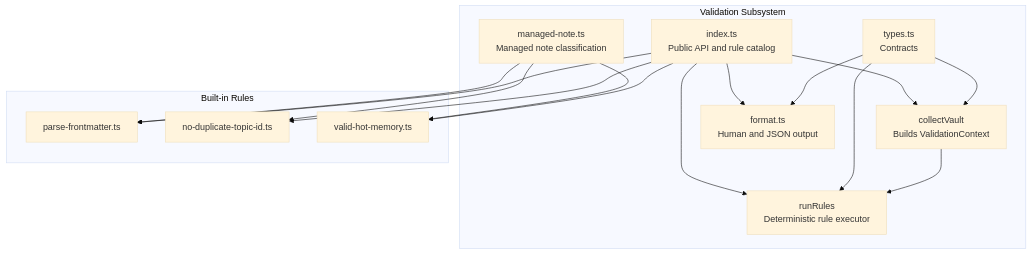
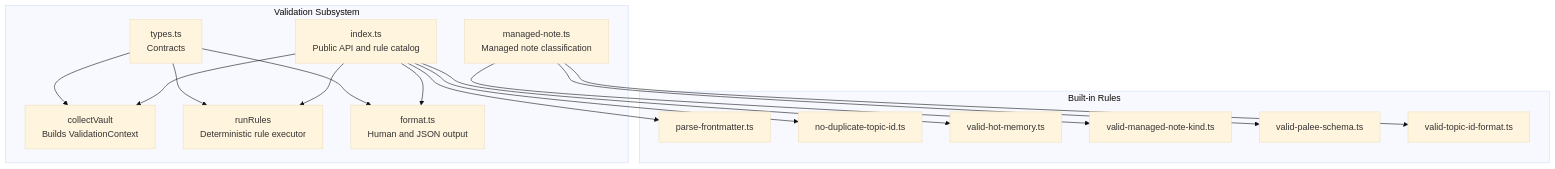
Before and after one commit to Kuldeep2822k/palee-architecture: the first of 6 diagrams in Validation Framework/Rule Execution Engine.md, drawn with Mermaid (base theme). The commit also changed other lines of this file and 4 other files, not shown here.

Commit message:
docs(validation): fix format contract, rule diagram edges and collection order

````diff
--- a/Validation Framework/Rule Execution Engine.md
+++ b/Validation Framework/Rule Execution Engine.md
@@ -42,31 +42,33 @@
 ```mermaid
 graph TB
   subgraph "Validation Subsystem"
     Collect["collectVault<br/>Builds ValidationContext"]
     Runner["runRules<br/>Deterministic rule executor"]
     Types["types.ts<br/>Contracts"]
     Format["format.ts<br/>Human and JSON output"]
     Barrel["index.ts<br/>Public API and rule catalog"]
     ManagedNote["managed-note.ts<br/>Managed note classification"]
   end
 
   subgraph "Built-in Rules"
     ParseFrontmatter["parse-frontmatter.ts"]
     NoDuplicateTopicId["no-duplicate-topic-id.ts"]
     ValidHotMemory["valid-hot-memory.ts"]
+    ValidManagedNoteKind["valid-managed-note-kind.ts"]
+    ValidPaleeSchema["valid-palee-schema.ts"]
+    ValidTopicIdFormat["valid-topic-id-format.ts"]
   end
 
-  Collect --> Runner
   Types --> Runner
   Types --> Collect
   Types --> Format
   Barrel --> Collect
   Barrel --> Runner
   Barrel --> Format
   Barrel --> ParseFrontmatter
   Barrel --> NoDuplicateTopicId
   Barrel --> ValidHotMemory
-  ManagedNote --> ParseFrontmatter
-  ManagedNote --> NoDuplicateTopicId
-  ManagedNote --> ValidHotMemory
+  ManagedNote --> ValidManagedNoteKind
+  ManagedNote --> ValidPaleeSchema
+  ManagedNote --> ValidTopicIdFormat
 ```
````
